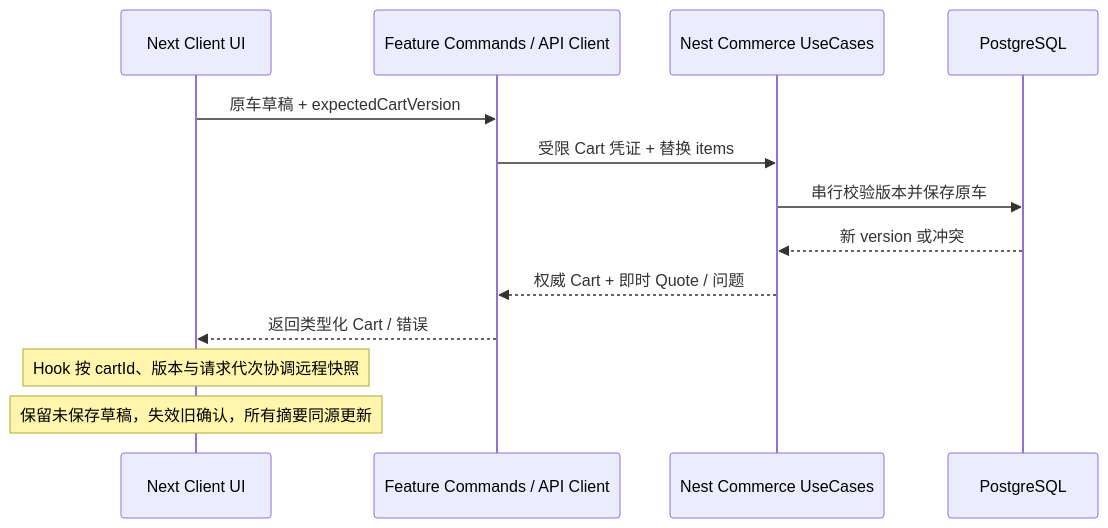
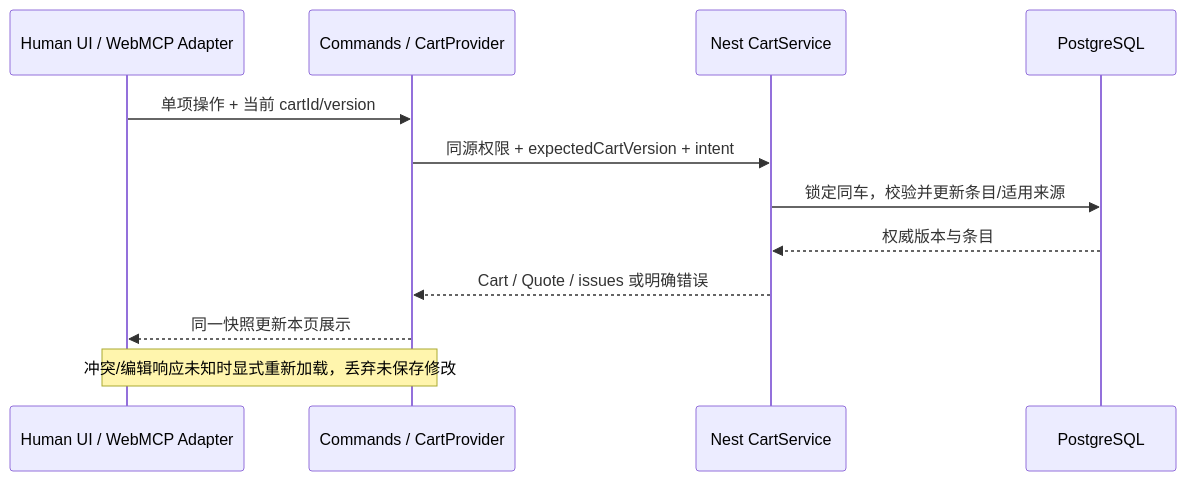
The seventh of 9 diagrams in docs/engineering/TECHNICAL_DESIGN.md (linshuohao/agent-ready-store), drawn with Mermaid before and after one commit. The commit also changed other lines of this file, not shown here.

````diff
--- a/docs/engineering/TECHNICAL_DESIGN.md
+++ b/docs/engineering/TECHNICAL_DESIGN.md
@@ -205,15 +324,14 @@
 ```mermaid
 sequenceDiagram
-    participant UI as Next Client UI
-    participant C as Feature Commands / API Client
-    participant N as Nest Commerce UseCases
+    participant U as Human UI / WebMCP Adapter
+    participant C as Commands / CartProvider
+    participant N as Nest CartService
     participant D as PostgreSQL
-    UI->>C: 原车草稿 + expectedCartVersion
-    C->>N: 受限 Cart 凭证 + 替换 items
-    N->>D: 串行校验版本并保存原车
-    D-->>N: 新 version 或冲突
-    N-->>C: 权威 Cart + 即时 Quote / 问题
-    C-->>UI: 返回类型化 Cart / 错误
-    Note over UI: Hook 按 cartId、版本与请求代次协调远程快照
-    Note over UI: 保留未保存草稿，失效旧确认，所有摘要同源更新
+    U->>C: 单项操作 + 当前 cartId/version
+    C->>N: 同源权限 + expectedCartVersion + intent
+    N->>D: 锁定同车，校验并更新条目/适用来源
+    D-->>N: 权威版本与条目
+    N-->>C: Cart / Quote / issues 或明确错误
+    C-->>U: 同一快照更新本页展示
+    Note over U,C: 冲突/编辑响应未知时显式重新加载，丢弃未保存修改
 ```
````
